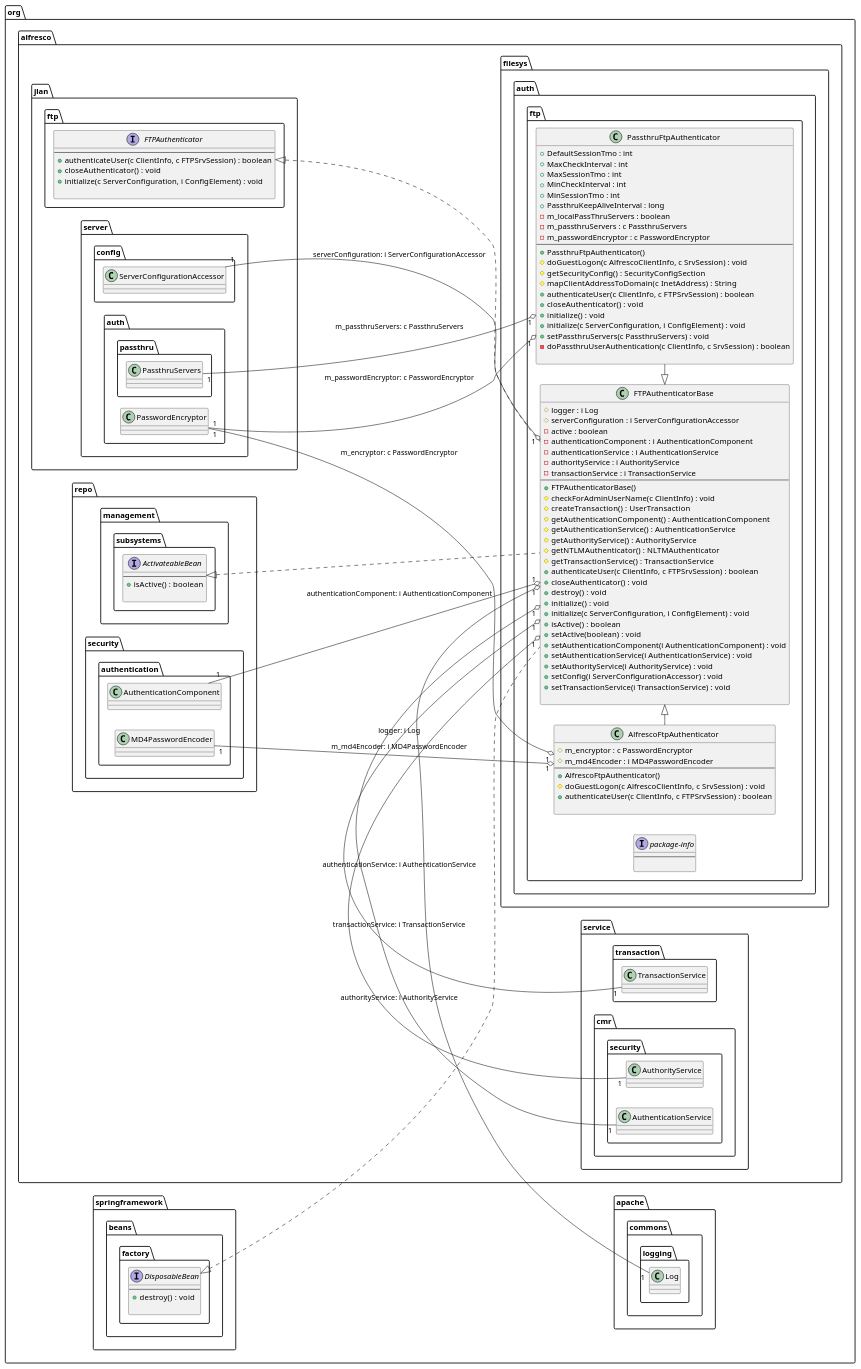
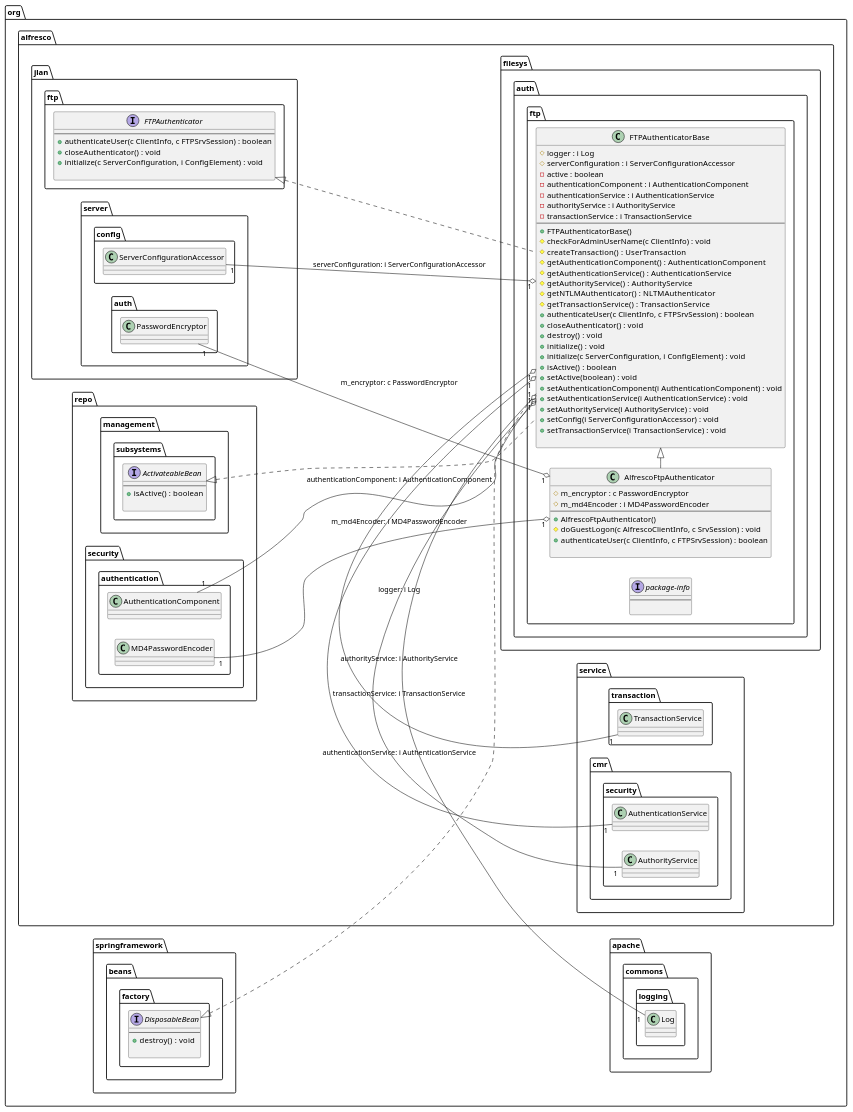
The diagram in docs/file-protocols/ftp-protocol/resource/class/ftp-class-diagram.puml (AlfrescoArchive/alfresco-repository), drawn with PlantUML before and after one commit. The commit also changed 28 other files, not shown here.

```diff
--- a/docs/file-protocols/ftp-protocol/resource/class/ftp-class-diagram.puml
+++ b/docs/file-protocols/ftp-protocol/resource/class/ftp-class-diagram.puml
@@ -1,113 +1,87 @@
 @startuml
 
 ' Generated using https://github.com/juanmf/Java2PlantUML
 
 left to right direction
 ' Participants 
 
 interface org.alfresco.jlan.ftp.FTPAuthenticator {
 --
 +  authenticateUser(c ClientInfo, c FTPSrvSession)  : boolean
 +  closeAuthenticator()  : void
 +  initialize(c ServerConfiguration, i ConfigElement)  : void
 
 }
 interface org.springframework.beans.factory.DisposableBean {
 --
 +  destroy()  : void
 
 }
 interface org.alfresco.filesys.auth.ftp.package-info {
 --
 
 }
 interface org.alfresco.repo.management.subsystems.ActivateableBean {
 --
 +  isActive()  : boolean
 
 }
 class org.alfresco.filesys.auth.ftp.FTPAuthenticatorBase {
 #  logger : i Log
 #  serverConfiguration : i ServerConfigurationAccessor
 -  active : boolean
 -  authenticationComponent : i AuthenticationComponent
 -  authenticationService : i AuthenticationService
 -  authorityService : i AuthorityService
 -  transactionService : i TransactionService
 --
 +   FTPAuthenticatorBase() 
 #  checkForAdminUserName(c ClientInfo)  : void
 #  createTransaction()  :  UserTransaction
 #  getAuthenticationComponent()  :  AuthenticationComponent
 #  getAuthenticationService()  :  AuthenticationService
 #  getAuthorityService()  :  AuthorityService
 #  getNTLMAuthenticator()  :  NLTMAuthenticator
 #  getTransactionService()  :  TransactionService
 +  authenticateUser(c ClientInfo, c FTPSrvSession)  : boolean
 +  closeAuthenticator()  : void
 +  destroy()  : void
 +  initialize()  : void
 +  initialize(c ServerConfiguration, i ConfigElement)  : void
 +  isActive()  : boolean
 +  setActive(boolean)  : void
 +  setAuthenticationComponent(i AuthenticationComponent)  : void
 +  setAuthenticationService(i AuthenticationService)  : void
 +  setAuthorityService(i AuthorityService)  : void
 +  setConfig(i ServerConfigurationAccessor)  : void
 +  setTransactionService(i TransactionService)  : void
 
 }
-class org.alfresco.filesys.auth.ftp.PassthruFtpAuthenticator {
-+  DefaultSessionTmo : int
-+  MaxCheckInterval : int
-+  MaxSessionTmo : int
-+  MinCheckInterval : int
-+  MinSessionTmo : int
-+  PassthruKeepAliveInterval : long
--  m_localPassThruServers : boolean
--  m_passthruServers : c PassthruServers
--  m_passwordEncryptor : c PasswordEncryptor
---
-+   PassthruFtpAuthenticator() 
-#  doGuestLogon(c AlfrescoClientInfo, c SrvSession)  : void
-#  getSecurityConfig()  :  SecurityConfigSection
-#  mapClientAddressToDomain(c InetAddress)  :  String
-+  authenticateUser(c ClientInfo, c FTPSrvSession)  : boolean
-+  closeAuthenticator()  : void
-+  initialize()  : void
-+  initialize(c ServerConfiguration, i ConfigElement)  : void
-+  setPassthruServers(c PassthruServers)  : void
--  doPassthruUserAuthentication(c ClientInfo, c SrvSession)  : boolean
-
-}
 class org.alfresco.filesys.auth.ftp.AlfrescoFtpAuthenticator {
 #  m_encryptor : c PasswordEncryptor
 #  m_md4Encoder : i MD4PasswordEncoder
 --
 +   AlfrescoFtpAuthenticator() 
 #  doGuestLogon(c AlfrescoClientInfo, c SrvSession)  : void
 +  authenticateUser(c ClientInfo, c FTPSrvSession)  : boolean
 
 }
 
 ' Relations 
 
 org.alfresco.filesys.auth.ftp.AlfrescoFtpAuthenticator "1"  o-left-  "1" org.alfresco.repo.security.authentication.MD4PasswordEncoder  : m_md4Encoder: i MD4PasswordEncoder
 org.alfresco.filesys.auth.ftp.FTPAuthenticatorBase "1"  o-left-  "1" org.alfresco.service.transaction.TransactionService  : transactionService: i TransactionService
 org.alfresco.filesys.auth.ftp.AlfrescoFtpAuthenticator "1"  o-left-  "1" org.alfresco.jlan.server.auth.PasswordEncryptor  : m_encryptor: c PasswordEncryptor
 org.alfresco.filesys.auth.ftp.FTPAuthenticatorBase "1"  o-left-  "1" org.apache.commons.logging.Log  : logger: i Log
 org.alfresco.filesys.auth.ftp.FTPAuthenticatorBase "1"  o-left-  "1" org.alfresco.jlan.server.config.ServerConfigurationAccessor  : serverConfiguration: i ServerConfigurationAccessor
 org.alfresco.filesys.auth.ftp.FTPAuthenticatorBase "1"  o-left-  "1" org.alfresco.repo.security.authentication.AuthenticationComponent  : authenticationComponent: i AuthenticationComponent
 org.alfresco.filesys.auth.ftp.FTPAuthenticatorBase "1"  o-left-  "1" org.alfresco.service.cmr.security.AuthorityService  : authorityService: i AuthorityService
-org.alfresco.filesys.auth.ftp.PassthruFtpAuthenticator "1"  o-left-  "1" org.alfresco.jlan.server.auth.PasswordEncryptor  : m_passwordEncryptor: c PasswordEncryptor
 org.alfresco.filesys.auth.ftp.FTPAuthenticatorBase "1"  o-left-  "1" org.alfresco.service.cmr.security.AuthenticationService  : authenticationService: i AuthenticationService
-org.alfresco.filesys.auth.ftp.PassthruFtpAuthenticator "1"  o-left-  "1" org.alfresco.jlan.server.auth.passthru.PassthruServers  : m_passthruServers: c PassthruServers
 org.alfresco.filesys.auth.ftp.AlfrescoFtpAuthenticator  -up|>  org.alfresco.filesys.auth.ftp.FTPAuthenticatorBase
-org.alfresco.filesys.auth.ftp.PassthruFtpAuthenticator  -up|>  org.alfresco.filesys.auth.ftp.FTPAuthenticatorBase
 org.alfresco.filesys.auth.ftp.FTPAuthenticatorBase  ..up|>  org.alfresco.jlan.ftp.FTPAuthenticator
 org.alfresco.filesys.auth.ftp.FTPAuthenticatorBase  ..up|>  org.alfresco.repo.management.subsystems.ActivateableBean
 org.alfresco.filesys.auth.ftp.FTPAuthenticatorBase  ..up|>  org.springframework.beans.factory.DisposableBean
 
 ' Notes 
 
 @enduml
```
